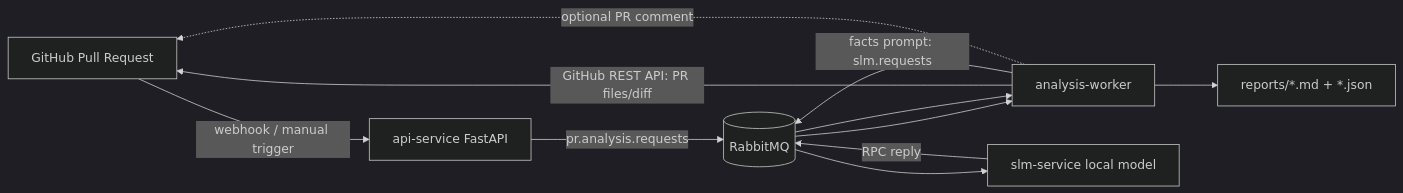
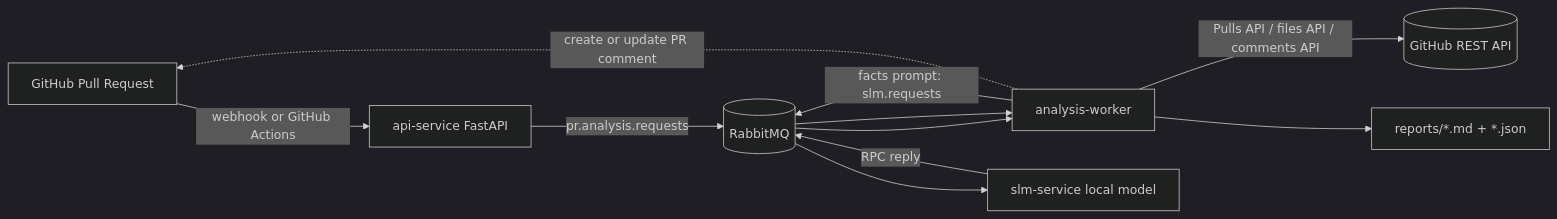
One commit to loadingerror/pr-quality-uspesalq changed the diagram in README.md. Above: the diagram before and after it, drawn with Mermaid (dark theme). The commit also changed other lines of this file and 21 other files, not shown here.

Commit message:
[REF] GitHub comments integration

````diff
--- a/README.md
+++ b/README.md
@@ -16,13 +17,13 @@
 ```mermaid
 flowchart LR
-    GH[GitHub Pull Request] -->|webhook / manual trigger| API[api-service FastAPI]
+    PR[GitHub Pull Request] -->|webhook or GitHub Actions| API[api-service FastAPI]
     API -->|pr.analysis.requests| MQ[(RabbitMQ)]
     MQ --> Worker[analysis-worker]
-    Worker -->|GitHub REST API: PR files/diff| GH
+    Worker -->|Pulls API / files API / comments API| GH[(GitHub REST API)]
     Worker -->|facts prompt: slm.requests| MQ
     MQ --> SLM[slm-service local model]
     SLM -->|RPC reply| MQ
     MQ --> Worker
     Worker --> Report[reports/*.md + *.json]
-    Worker -. optional PR comment .-> GH
+    Worker -. create or update PR comment .-> PR
 ```
````
